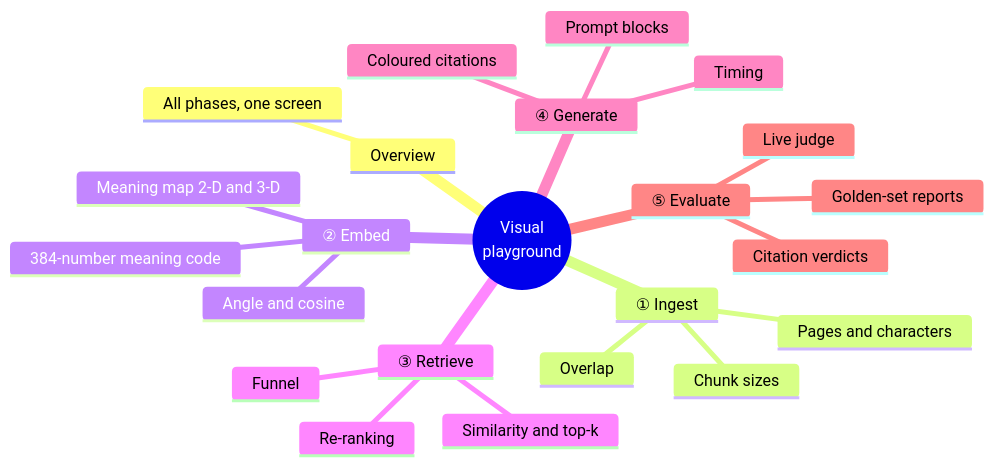
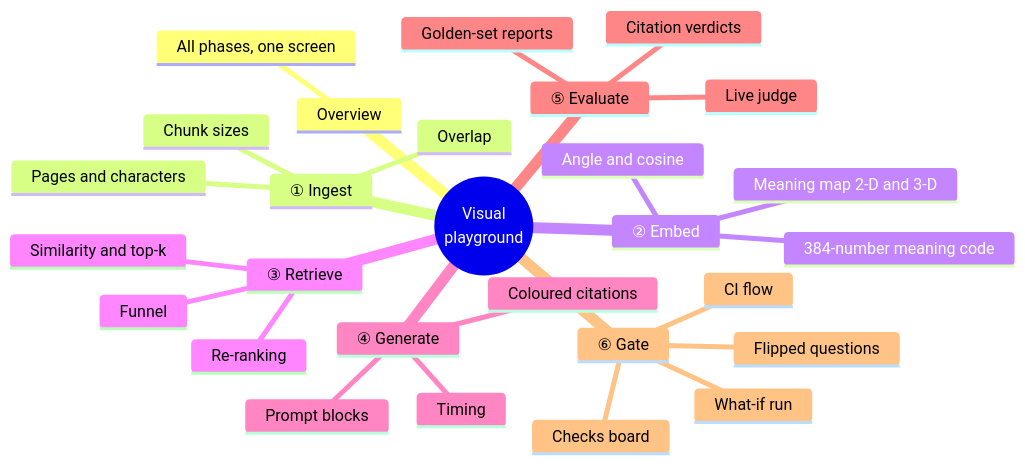
The first of 8 diagrams in docs/learning/playground.md (mjunedalam/rag-eval-platform), drawn with Mermaid before and after one commit. The commit also changed other lines of this file and 57 other files, not shown here.

````diff
--- a/docs/learning/playground.md
+++ b/docs/learning/playground.md
@@ -11,26 +11,31 @@
 ```mermaid
 mindmap
   root((Visual<br/>playground))
     Overview
       All phases, one screen
     ① Ingest
       Pages and characters
       Chunk sizes
       Overlap
     ② Embed
       384-number meaning code
       Meaning map 2-D and 3-D
       Angle and cosine
     ③ Retrieve
       Similarity and top-k
       Funnel
       Re-ranking
     ④ Generate
       Prompt blocks
       Coloured citations
       Timing
     ⑤ Evaluate
       Live judge
       Citation verdicts
       Golden-set reports
+    ⑥ Gate
+      CI flow
+      Checks board
+      What-if run
+      Flipped questions
 ```
````
